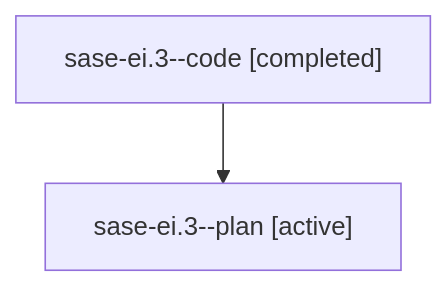
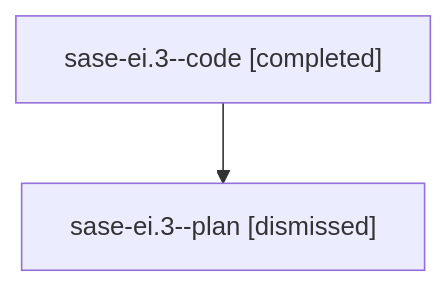
One commit to sase-org/sase--agents changed the diagram in sessions/bbugyi200.athena.sase-ei.3.md. Above: the diagram before and after it, drawn with Mermaid. The commit also changed other lines of this file and 62 other files, not shown here.

````diff
--- a/sessions/bbugyi200.athena.sase-ei.3.md
+++ b/sessions/bbugyi200.athena.sase-ei.3.md
@@ -9,6 +9,6 @@
 ```mermaid
 flowchart TD
   n0["sase-ei.3--code [completed]"]
-  n1["sase-ei.3--plan [active]"]
+  n1["sase-ei.3--plan [dismissed]"]
   n0 --> n1
 ```
````
